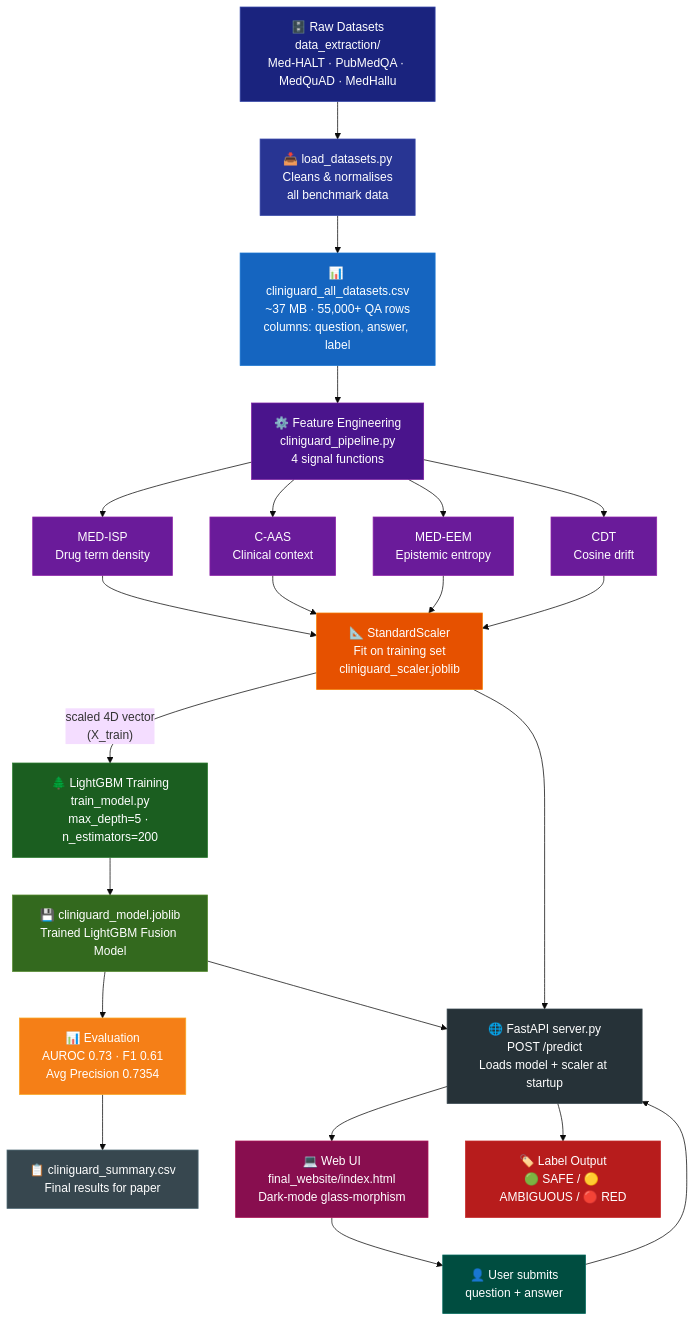
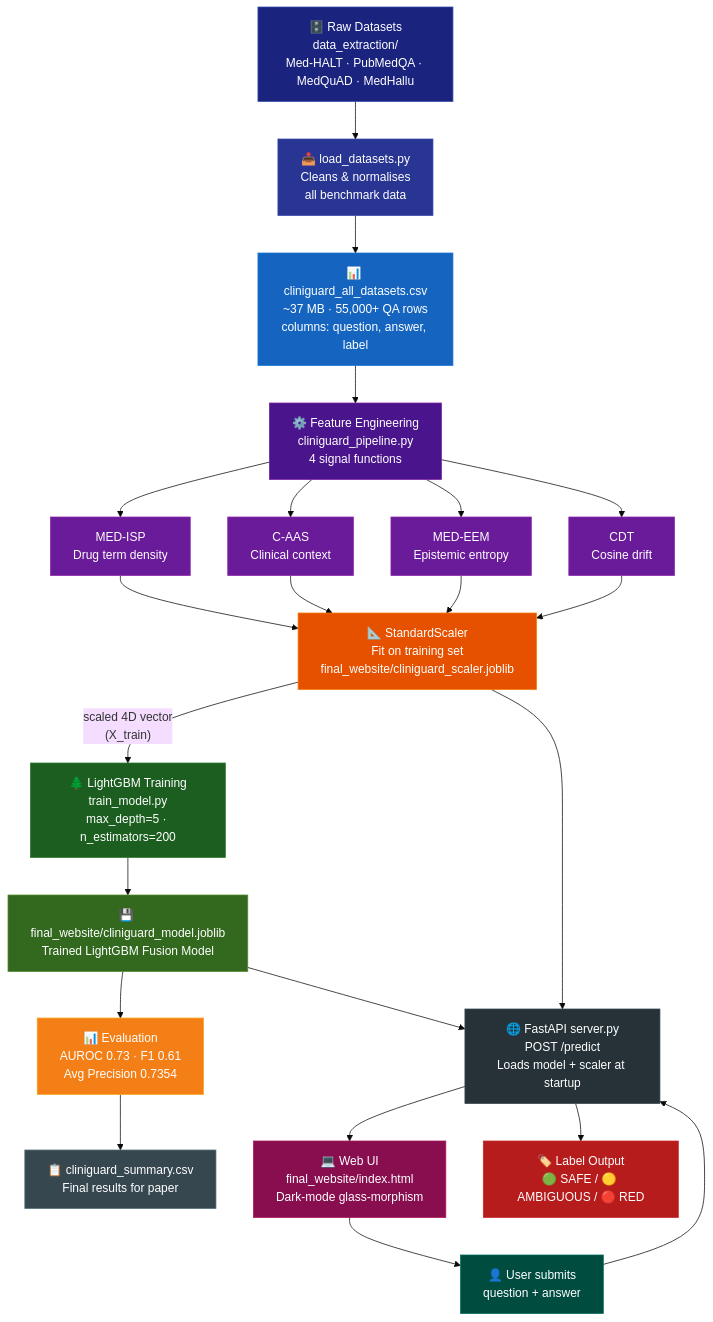
The diagram in PROJECT_OVERVIEW.md (yogeshravi19/cliniguard), drawn with Mermaid (base theme) before and after one commit. The commit also changed other lines of this file and 8 other files, not shown here.

Commit message:
chore: remove duplicate joblib files, centralize in final_website, update scripts and docs

````diff
--- a/PROJECT_OVERVIEW.md
+++ b/PROJECT_OVERVIEW.md
@@ -83,39 +83,39 @@
 ```mermaid
 flowchart TD
     A["🗄️ Raw Datasets\ndata_extraction/\nMed-HALT · PubMedQA · MedQuAD · MedHallu"] --> B["📥 load_datasets.py\nCleans & normalises\nall benchmark data"]
     B --> C["📊 cliniguard_all_datasets.csv\n~37 MB · 55,000+ QA rows\ncolumns: question, answer, label"]
     C --> D["⚙️ Feature Engineering\ncliniguard_pipeline.py\n4 signal functions"]
     D --> D1["MED-ISP\nDrug term density"]
     D --> D2["C-AAS\nClinical context"]
     D --> D3["MED-EEM\nEpistemic entropy"]
     D --> D4["CDT\nCosine drift"]
-    D1 & D2 & D3 & D4 --> E["📐 StandardScaler\nFit on training set\ncliniguard_scaler.joblib"]
+    D1 & D2 & D3 & D4 --> E["📐 StandardScaler\nFit on training set\nfinal_website/cliniguard_scaler.joblib"]
     E -->|"scaled 4D vector\n(X_train)"| F["🌲 LightGBM Training\ntrain_model.py\nmax_depth=5 · n_estimators=200"]
-    F --> G["💾 cliniguard_model.joblib\nTrained LightGBM Fusion Model"]
+    F --> G["💾 final_website/cliniguard_model.joblib\nTrained LightGBM Fusion Model"]
     G --> H["📊 Evaluation\nAUROC 0.73 · F1 0.61\nAvg Precision 0.7354"]
     H --> I["📋 cliniguard_summary.csv\nFinal results for paper"]
     G --> K["🌐 FastAPI server.py\nPOST /predict\nLoads model + scaler at startup"]
     E --> K
     K --> L["💻 Web UI\nfinal_website/index.html\nDark-mode glass-morphism"]
     L --> M["👤 User submits\nquestion + answer"]
     M --> K
     K --> N["🏷️ Label Output\n🟢 SAFE / 🟡 AMBIGUOUS / 🔴 RED"]
 
     style A fill:#1a237e,color:#fff,stroke:#3949ab
     style B fill:#283593,color:#fff,stroke:#3949ab
     style C fill:#1565c0,color:#fff,stroke:#1976d2
     style D fill:#4a148c,color:#fff,stroke:#7b1fa2
     style D1 fill:#6a1b9a,color:#fff,stroke:#8e24aa
     style D2 fill:#6a1b9a,color:#fff,stroke:#8e24aa
     style D3 fill:#6a1b9a,color:#fff,stroke:#8e24aa
     style D4 fill:#6a1b9a,color:#fff,stroke:#8e24aa
     style E fill:#e65100,color:#fff,stroke:#f57c00
     style F fill:#1b5e20,color:#fff,stroke:#2e7d32
     style G fill:#33691e,color:#fff,stroke:#558b2f
     style H fill:#f57f17,color:#fff,stroke:#f9a825
     style I fill:#37474f,color:#fff,stroke:#546e7a
     style K fill:#263238,color:#fff,stroke:#37474f
     style L fill:#880e4f,color:#fff,stroke:#ad1457
     style M fill:#004d40,color:#fff,stroke:#00695c
     style N fill:#b71c1c,color:#fff,stroke:#c62828
 ```
````
